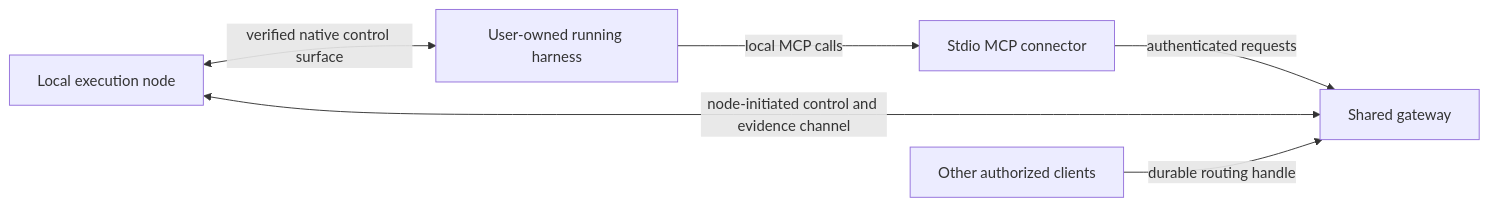
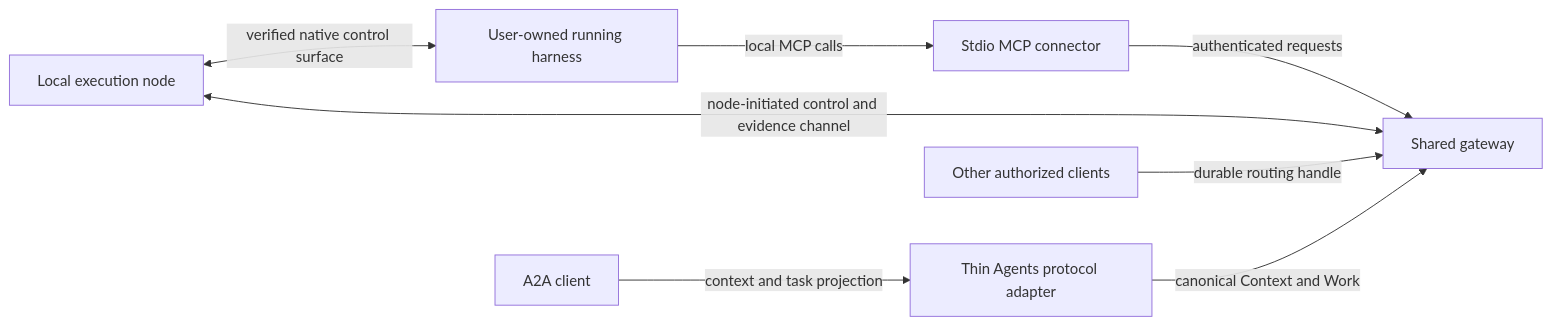
One commit to Audumla/AUDiaGentic changed the diagram in docs/design/shared-gateway-joined-harnesses.md. Above: the diagram before and after it, drawn with Mermaid. The commit also changed other lines of this file and 14 other files, not shown here.

````diff
--- a/docs/design/shared-gateway-joined-harnesses.md
+++ b/docs/design/shared-gateway-joined-harnesses.md
@@ -14,8 +14,10 @@
 ```mermaid
 flowchart LR
   H[User-owned running harness] -->|local MCP calls| M[Stdio MCP connector]
   M -->|authenticated requests| G[Shared gateway]
   N[Local execution node] <-->|node-initiated control and evidence channel| G
   N <-->|verified native control surface| H
   C[Other authorized clients] -->|durable routing handle| G
+  A[A2A client] -->|context and task projection| P[Thin Agents protocol adapter]
+  P -->|canonical Context and Work| G
 ```
````
